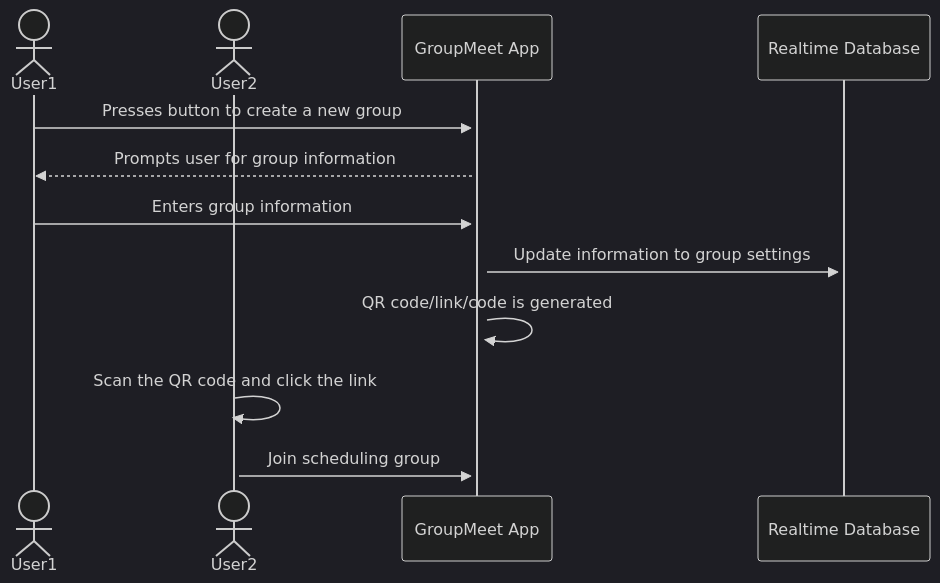
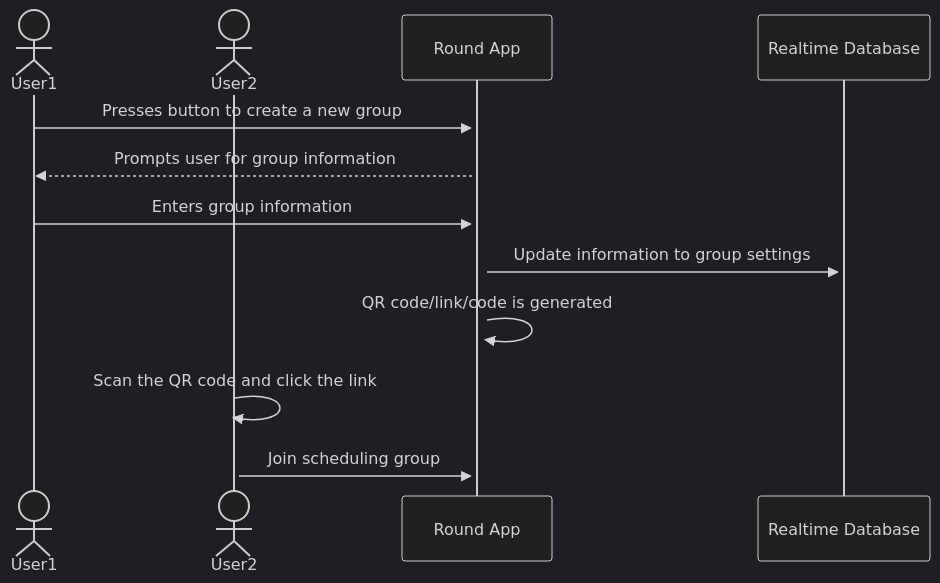
One commit to Capstone-Projects-2023-Spring/project-groupmeet changed the seventh of 12 diagrams in documentation/docs/system-architecture/design.md. Above: the diagram before and after it, drawn with Mermaid (dark theme). The commit also changed other lines of this file and 12 other files, not shown here.

````diff
--- a/documentation/docs/system-architecture/design.md
+++ b/documentation/docs/system-architecture/design.md
@@ -273,15 +275,15 @@
 ```mermaid
 sequenceDiagram
     actor User1
     actor User2
-    participant GroupMeet App
+    participant Round App
     participant Realtime Database
     
-    User1->>+GroupMeet App: Presses button to create a new group
-    GroupMeet App -->> User1: Prompts user for group information
-    User1->>+GroupMeet App: Enters group information
-    GroupMeet App->>+Realtime Database : Update information to group settings
-    GroupMeet App ->>+ GroupMeet App: QR code/link/code is generated
+    User1->>+Round App: Presses button to create a new group
+    Round App -->> User1: Prompts user for group information
+    User1->>+Round App: Enters group information
+    Round App->>+Realtime Database : Update information to group settings
+    Round App ->>+ Round App: QR code/link/code is generated
     User2->>+ User2: Scan the QR code and click the link
-    User2->>+ GroupMeet App: Join scheduling group
+    User2->>+ Round App: Join scheduling group
 ```
````
